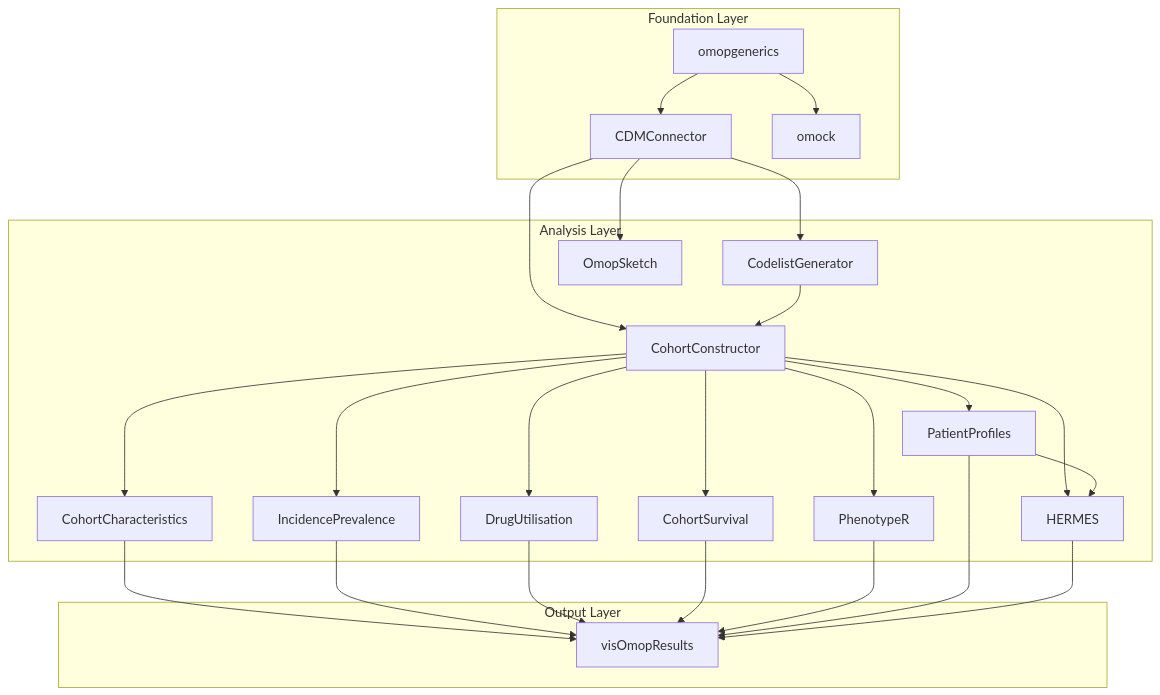
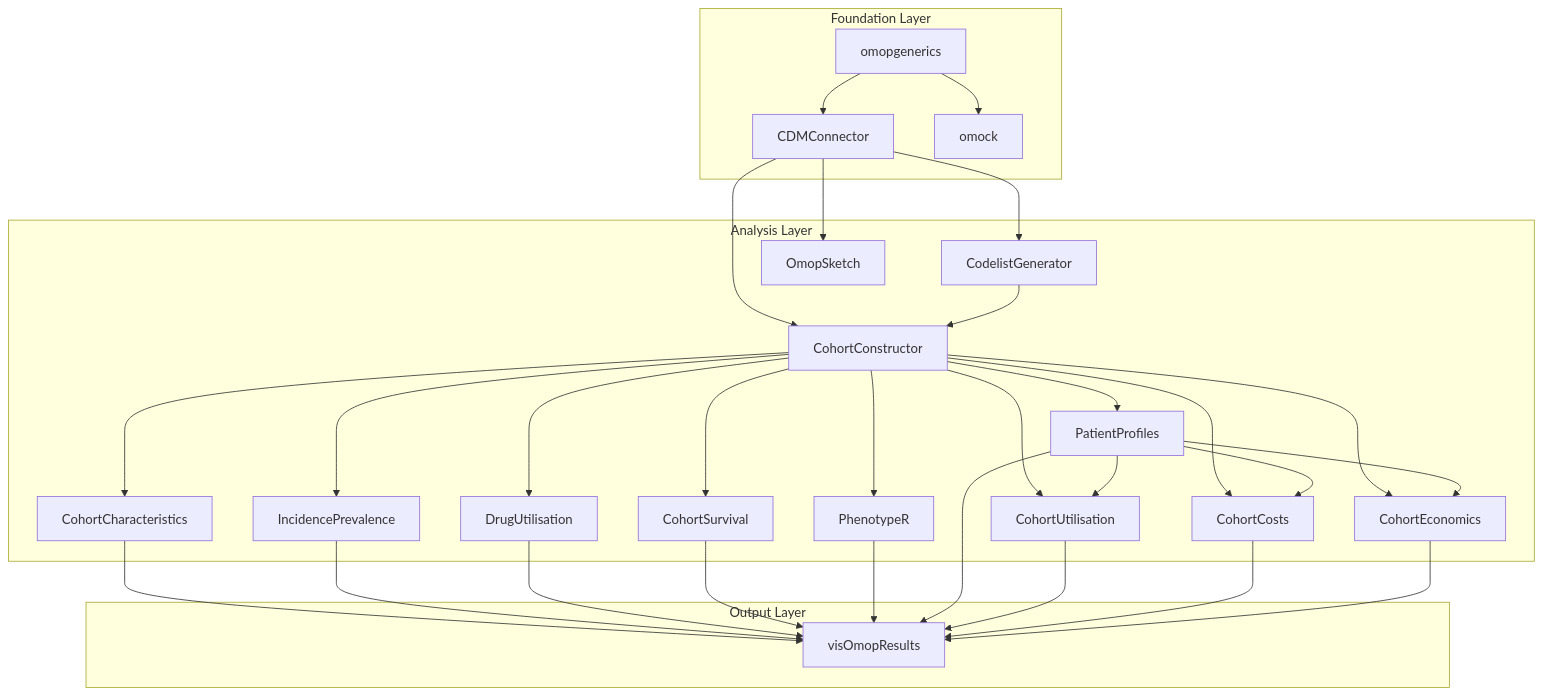
One commit to iomedhealth/OmopAnalyticsGuide changed the diagram in docs/data_analysis/package_reference/index.md. Above: the diagram before and after it, drawn with Mermaid. The commit also changed other lines of this file and 18 other files, not shown here.

Commit message:
docs: add dedicated reference pages for CohortUtilisation, CohortCosts, and CohortEconomics

````diff
--- a/docs/data_analysis/package_reference/index.md
+++ b/docs/data_analysis/package_reference/index.md
@@ -38,32 +38,38 @@
 ```mermaid
 graph TB
     subgraph "Foundation Layer"
         A["omopgenerics"] --> B["CDMConnector"]
         A --> C["omock"]
     end
 
     subgraph "Analysis Layer"
         B --> D["CodelistGenerator"]
         B --> E["CohortConstructor"]
         B --> F["OmopSketch"]
         D --> E
         E --> G["CohortCharacteristics"]
         E --> H["IncidencePrevalence"]
         E --> I["DrugUtilisation"]
         E --> J["CohortSurvival"]
         E --> K["PhenotypeR"]
         E --> M["PatientProfiles"]
-        E --> N["HERMES"]
-        M --> N
+        E --> N1["CohortUtilisation"]
+        E --> N2["CohortCosts"]
+        E --> N3["CohortEconomics"]
+        M --> N1
+        M --> N2
+        M --> N3
     end
 
     subgraph "Output Layer"
         G --> L["visOmopResults"]
         H --> L
         I --> L
         J --> L
         K --> L
         M --> L
-        N --> L
+        N1 --> L
+        N2 --> L
+        N3 --> L
     end
 ```
````
